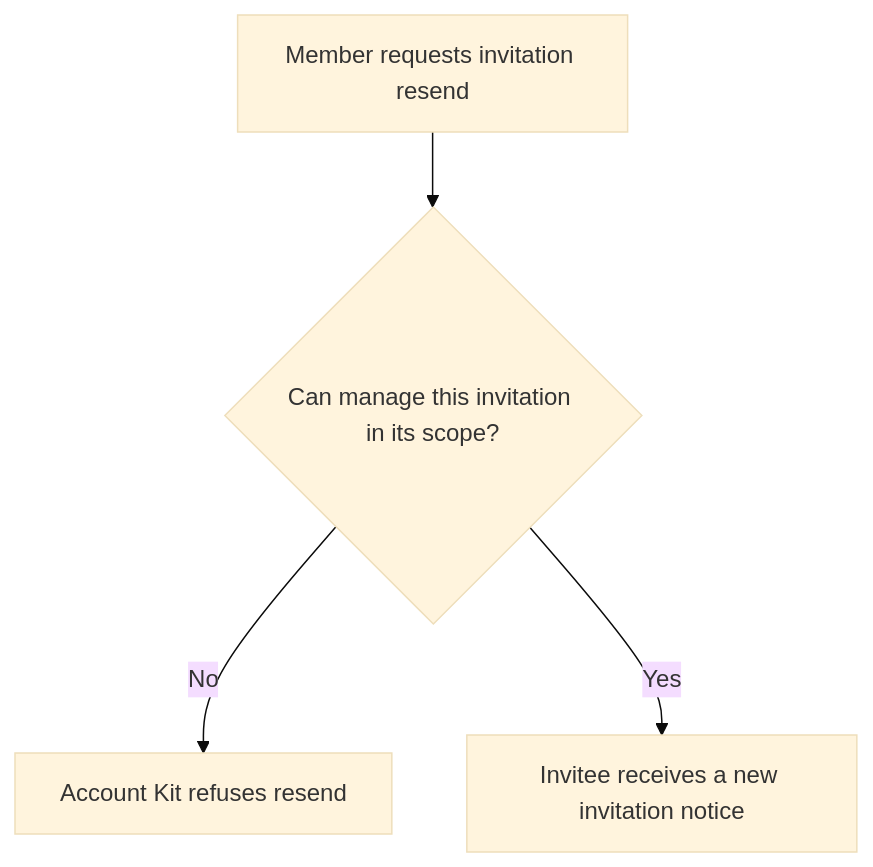
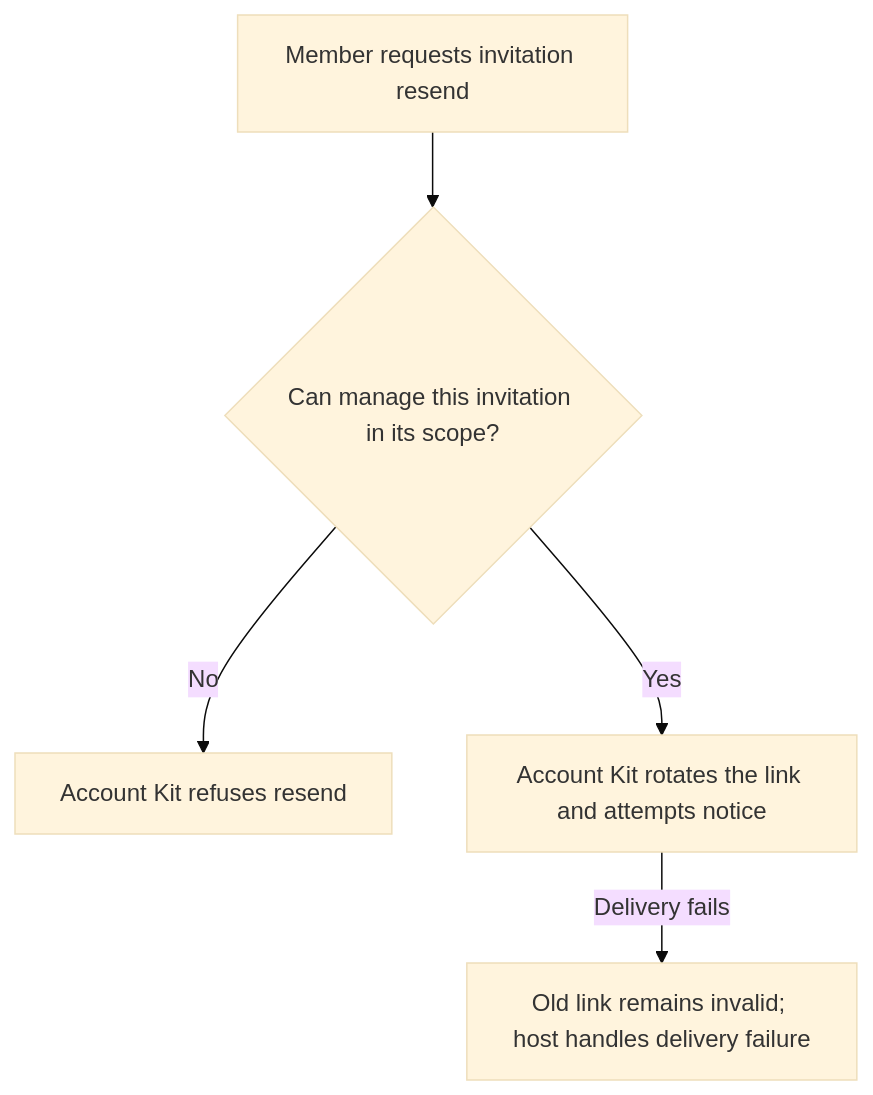
One commit to Kevinjohn/oss-adonisjs-access-control changed the first of 2 diagrams in user-stories/US-ACCESS-23-resend-invitation.md. Above: the diagram before and after it, drawn with Mermaid (base theme). The commit also changed other lines of this file and 18 other files, not shown here.

Commit message:
Reconcile access control story flows

````diff
--- a/user-stories/US-ACCESS-23-resend-invitation.md
+++ b/user-stories/US-ACCESS-23-resend-invitation.md
@@ -22,6 +22,7 @@
 ```mermaid
 flowchart TD
     A["Member requests invitation resend"] --> B{"Can manage this invitation in its scope?"}
     B -->|No| C["Account Kit refuses resend"]
-    B -->|Yes| D["Invitee receives a new invitation notice"]
+    B -->|Yes| D["Account Kit rotates the link and attempts notice"]
+    D -->|Delivery fails| E["Old link remains invalid; host handles delivery failure"]
 ```
````
